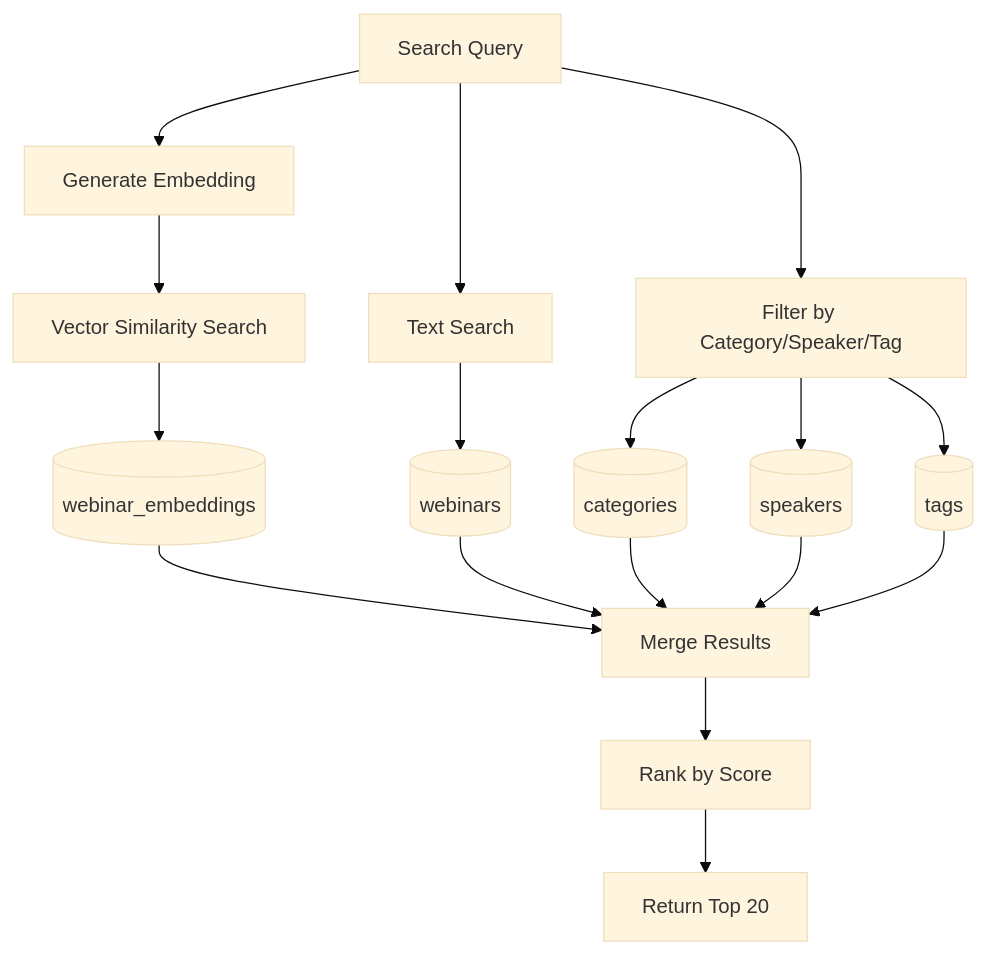
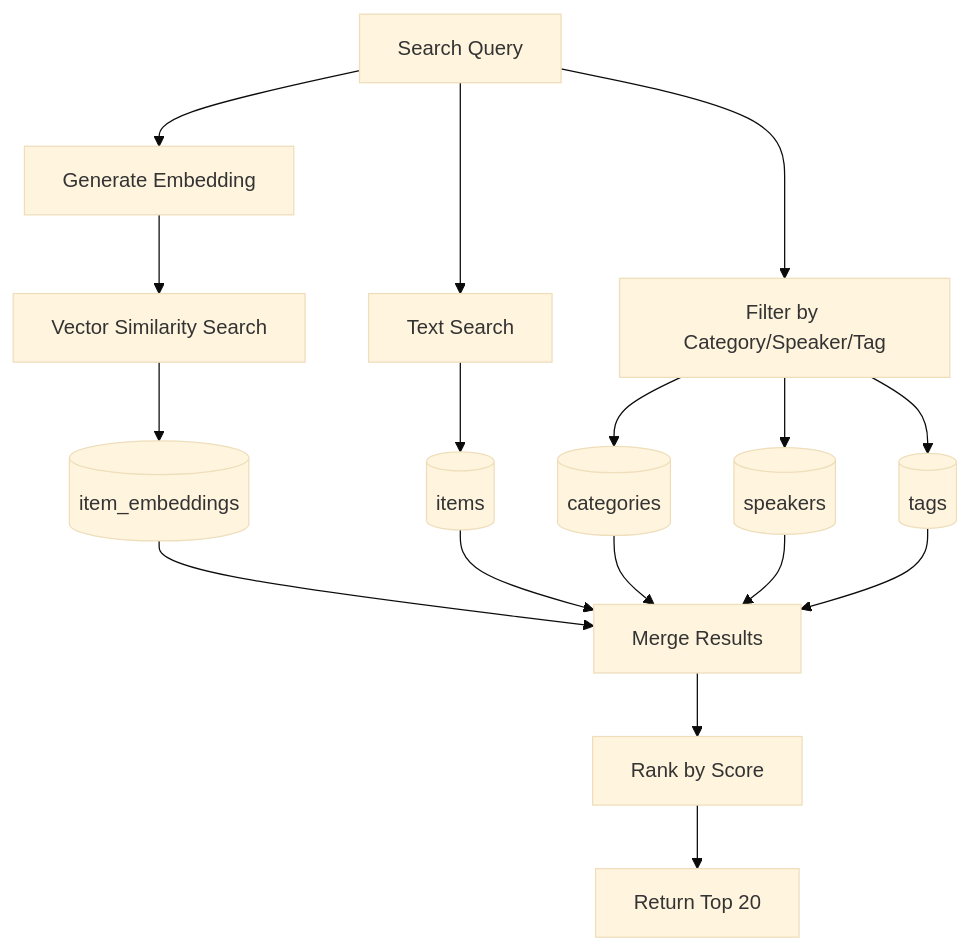
Before and after one commit to x54-studio/hr-search: the second of 4 diagrams in docs/03_design/database_erd.md, drawn with Mermaid (base theme). The commit also changed other lines of this file and 4 other files, not shown here.

Commit message:
docs: update technical docs for items schema and new API endpoints

````diff
--- a/docs/03_design/database_erd.md
+++ b/docs/03_design/database_erd.md
@@ -76,25 +77,25 @@
 ```mermaid
 flowchart TD
     Query[Search Query]
     Query --> Embedding[Generate Embedding]
-    
+
     Embedding --> VectorSearch[Vector Similarity Search]
-    VectorSearch --> Embeddings[(webinar_embeddings)]
-    
+    VectorSearch --> Embeddings[(item_embeddings)]
+
     Query --> TextSearch[Text Search]
-    TextSearch --> Webinars[(webinars)]
-    
+    TextSearch --> Items[(items)]
+
     Query --> FilterSearch[Filter by Category/Speaker/Tag]
     FilterSearch --> Categories[(categories)]
     FilterSearch --> Speakers[(speakers)]
     FilterSearch --> Tags[(tags)]
-    
+
     Embeddings --> Results[Merge Results]
-    Webinars --> Results
+    Items --> Results
     Categories --> Results
     Speakers --> Results
     Tags --> Results
-    
+
     Results --> Ranking[Rank by Score]
     Ranking --> Output[Return Top 20]
 ```
````
